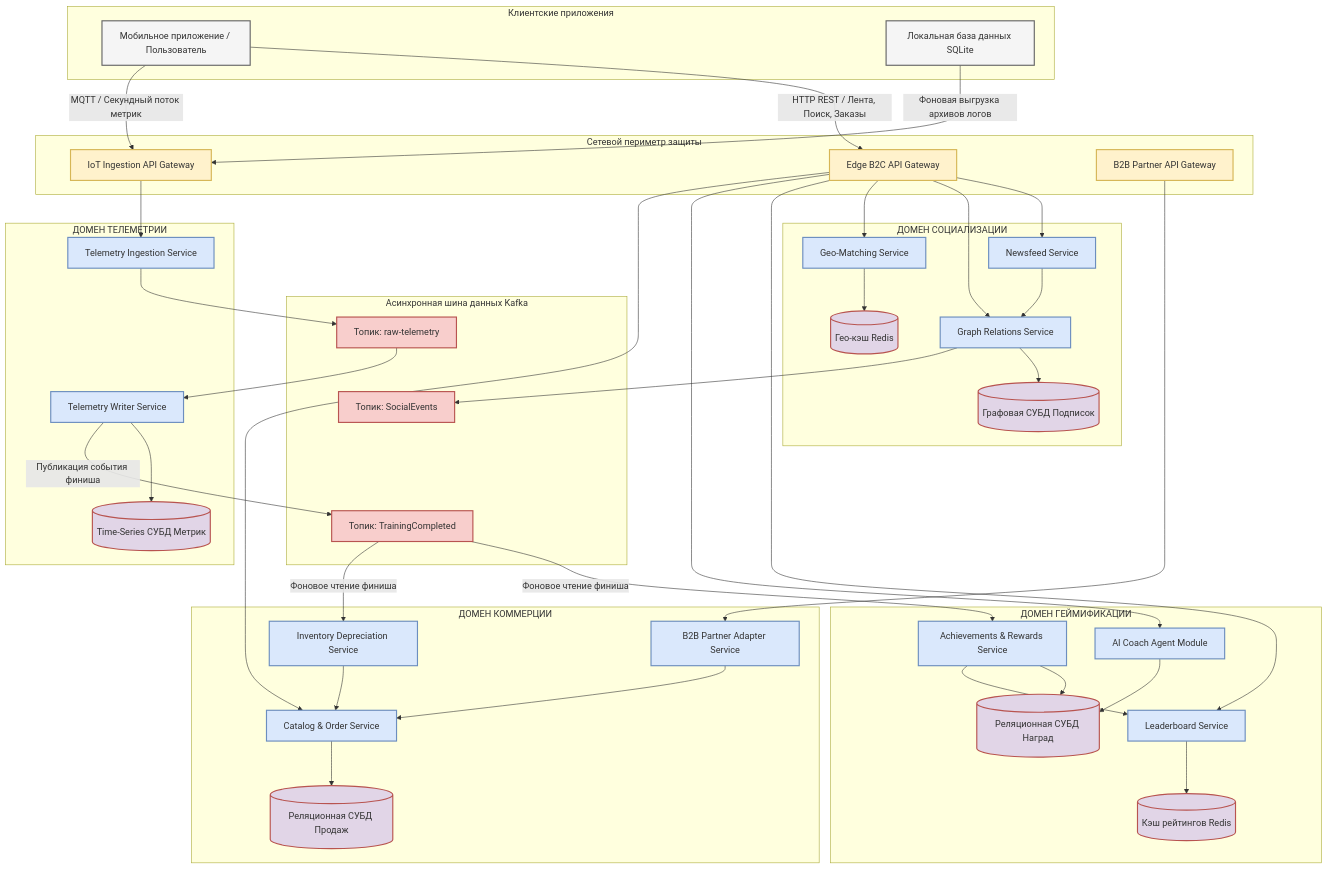
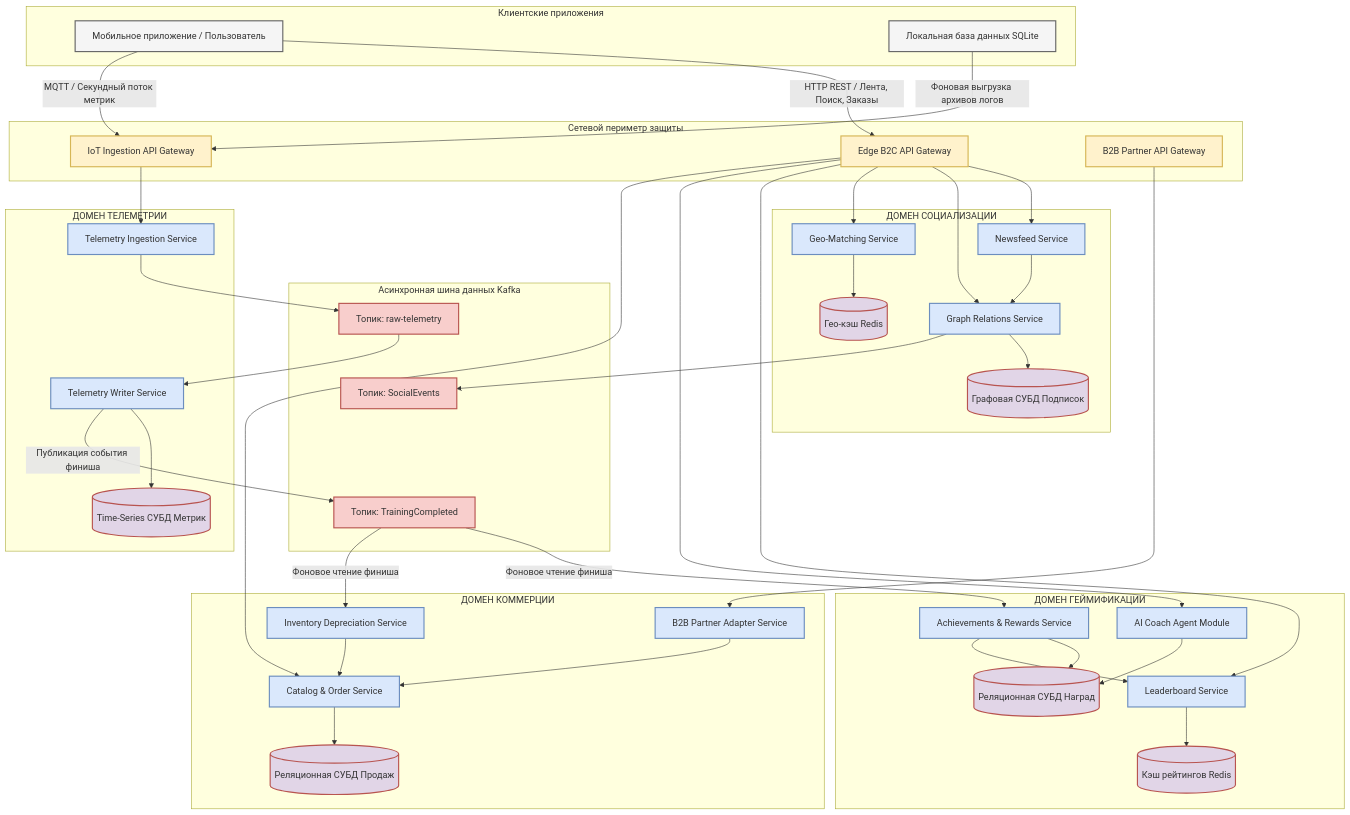
The fifth of 5 diagrams in stage-2-planning/13-component-architecture.md (Maksim-Burning-Inside/Sports-app-architecture), drawn with Mermaid before and after one commit. The commit also changed other lines of this file, not shown here.

````diff
--- a/stage-2-planning/13-component-architecture.md
+++ b/stage-2-planning/13-component-architecture.md
@@ -238,4 +241,5 @@
 ```mermaid
+%%{init: {"flowchart": {"htmlLabels": true, "wrappingWidth": 400}}}%%
 graph TD
     %% Настройка цветовых стилей для слоев
     classDef client fill:#f5f5f5,stroke:#666666,stroke-width:2px;
````
